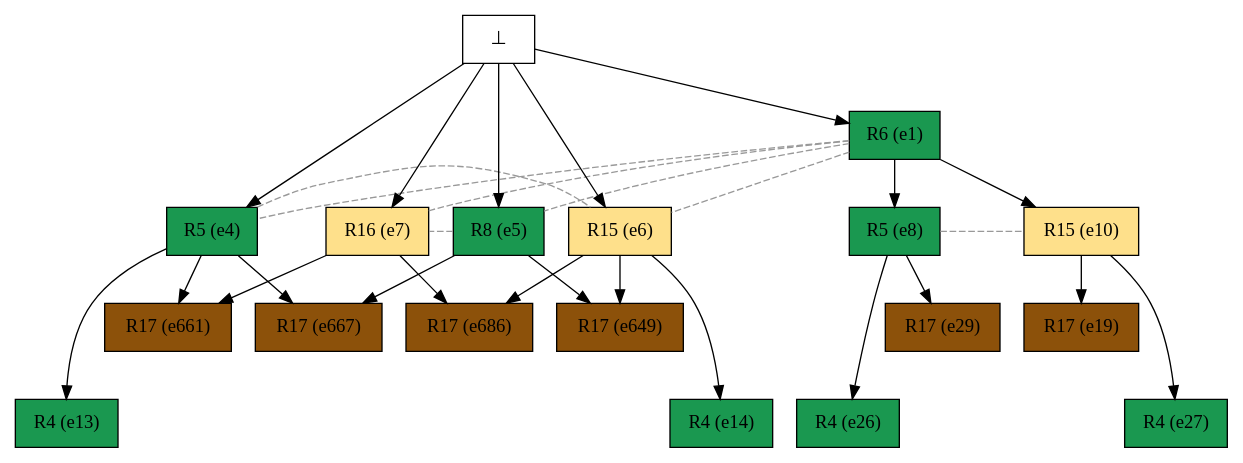
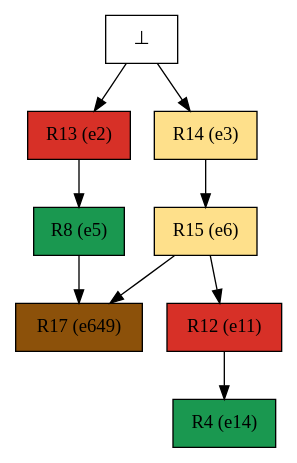
The diagram in examples/oursin_tasmanie/tasmanian_perturb_final_pr_unf_min_pathway_colored.dot (giannkas/ecofolder), drawn with Graphviz before and after one commit. The commit also changed 159 other files, not shown here.

```diff
--- a/examples/oursin_tasmanie/tasmanian_perturb_final_pr_unf_min_pathway_colored.dot
+++ b/examples/oursin_tasmanie/tasmanian_perturb_final_pr_unf_min_pathway_colored.dot
@@ -1,52 +1,18 @@
 digraph test {
-
-//conflicts
-  e1 -> e4 [arrowhead=none color=gray60 style=dashed constraint=false];
-  e1 -> e5 [arrowhead=none color=gray60 style=dashed constraint=false];
-  e1 -> e6 [arrowhead=none color=gray60 style=dashed constraint=false];
-  e1 -> e7 [arrowhead=none color=gray60 style=dashed constraint=false];
-  e4 -> e6 [arrowhead=none color=gray60 style=dashed constraint=false];
-  e5 -> e7 [arrowhead=none color=gray60 style=dashed constraint=false];
-  e8 -> e10 [arrowhead=none color=gray60 style=dashed constraint=false];
-
-  e4 -> e13 [minlen=2];
-  e6 -> e14 [minlen=2];
-  e10 -> e19 [minlen=1];
-  e1 -> e10 [minlen=1];
-  e8 -> e26 [minlen=2];
-  e1 -> e8 [minlen=1];
-  e10 -> e27 [minlen=2];
-  e8 -> e29 [minlen=1];
-  e5 -> e649 [minlen=1];
-  e6 -> e649 [minlen=1];
-  e4 -> e661 [minlen=1];
-  e7 -> e661 [minlen=1];
-  e4 -> e667 [minlen=1];
-  e5 -> e667 [minlen=1];
-  e6 -> e686 [minlen=1];
-  e7 -> e686 [minlen=1];
-  e0 -> e1 [minlen=1];
-  e0 -> e4 [minlen=2];
-  e0 -> e5 [minlen=2];
-  e0 -> e6 [minlen=2];
-  e0 -> e7 [minlen=2];
-
-  e1 [color="black" fillcolor="#1a9850:#1a9850" label="R6 (e1)" shape=box style=filled];
-  e4 [color="black" fillcolor="#1a9850:#1a9850" label="R5 (e4)" shape=box style=filled];
+  e2 -> e5;
+  e3 -> e6;
+  e6 -> e11;
+  e11 -> e14;
+  e5 -> e649;
+  e6 -> e649;
+  e0 -> e2;
+  e0 -> e3;
+  e2 [color="black" fillcolor="#d73027:#d73027" label="R13 (e2)" shape=box style=filled];
+  e3 [color="black" fillcolor="#fee08b:#fee08b" label="R14 (e3)" shape=box style=filled];
   e5 [color="black" fillcolor="#1a9850:#1a9850" label="R8 (e5)" shape=box style=filled];
   e6 [color="black" fillcolor="#fee08b:#fee08b" label="R15 (e6)" shape=box style=filled];
-  e7 [color="black" fillcolor="#fee08b:#fee08b" label="R16 (e7)" shape=box style=filled];
-  e8 [color="black" fillcolor="#1a9850:#1a9850" label="R5 (e8)" shape=box style=filled];
-  e10 [color="black" fillcolor="#fee08b:#fee08b" label="R15 (e10)" shape=box style=filled];
-  e13 [color="black" fillcolor="#1a9850:#1a9850" label="R4 (e13)" shape=box style=filled];
+  e11 [color="black" fillcolor="#d73027:#d73027" label="R12 (e11)" shape=box style=filled];
   e14 [color="black" fillcolor="#1a9850:#1a9850" label="R4 (e14)" shape=box style=filled];
-  e19 [color="black" fillcolor="#8c510a:#8c510a" label="R17 (e19)" shape=box style=filled];
-  e26 [color="black" fillcolor="#1a9850:#1a9850" label="R4 (e26)" shape=box style=filled];
-  e27 [color="black" fillcolor="#1a9850:#1a9850" label="R4 (e27)" shape=box style=filled];
-  e29 [color="black" fillcolor="#8c510a:#8c510a" label="R17 (e29)" shape=box style=filled];
   e649 [color="black" fillcolor="#8c510a:#8c510a" label="R17 (e649)" shape=box style=filled];
-  e661 [color="black" fillcolor="#8c510a:#8c510a" label="R17 (e661)" shape=box style=filled];
-  e667 [color="black" fillcolor="#8c510a:#8c510a" label="R17 (e667)" shape=box style=filled];
-  e686 [color="black" fillcolor="#8c510a:#8c510a" label="R17 (e686)" shape=box style=filled];
   e0 [fillcolor="white" label="⊥" shape=box style=filled];
 }
```
